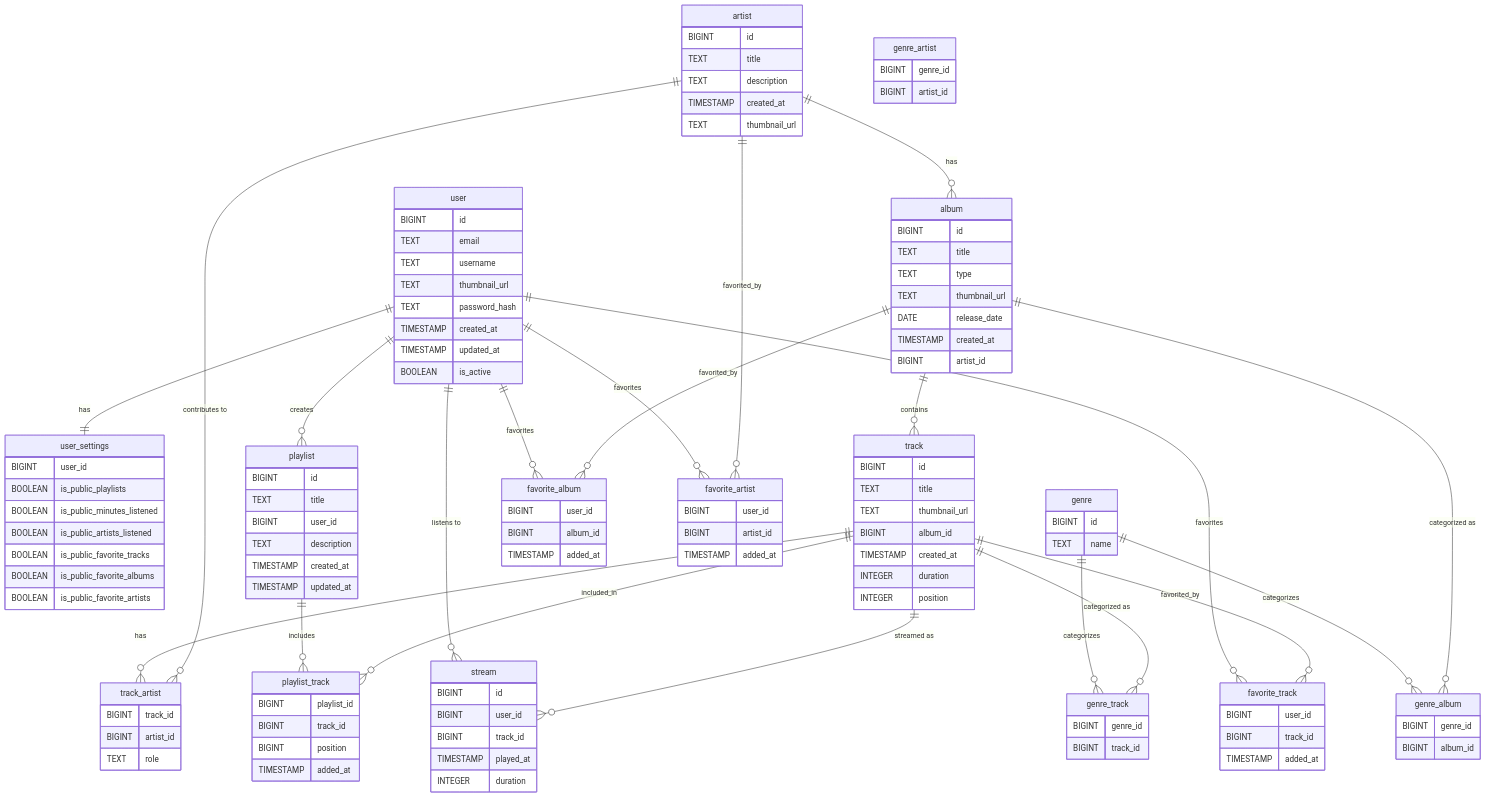
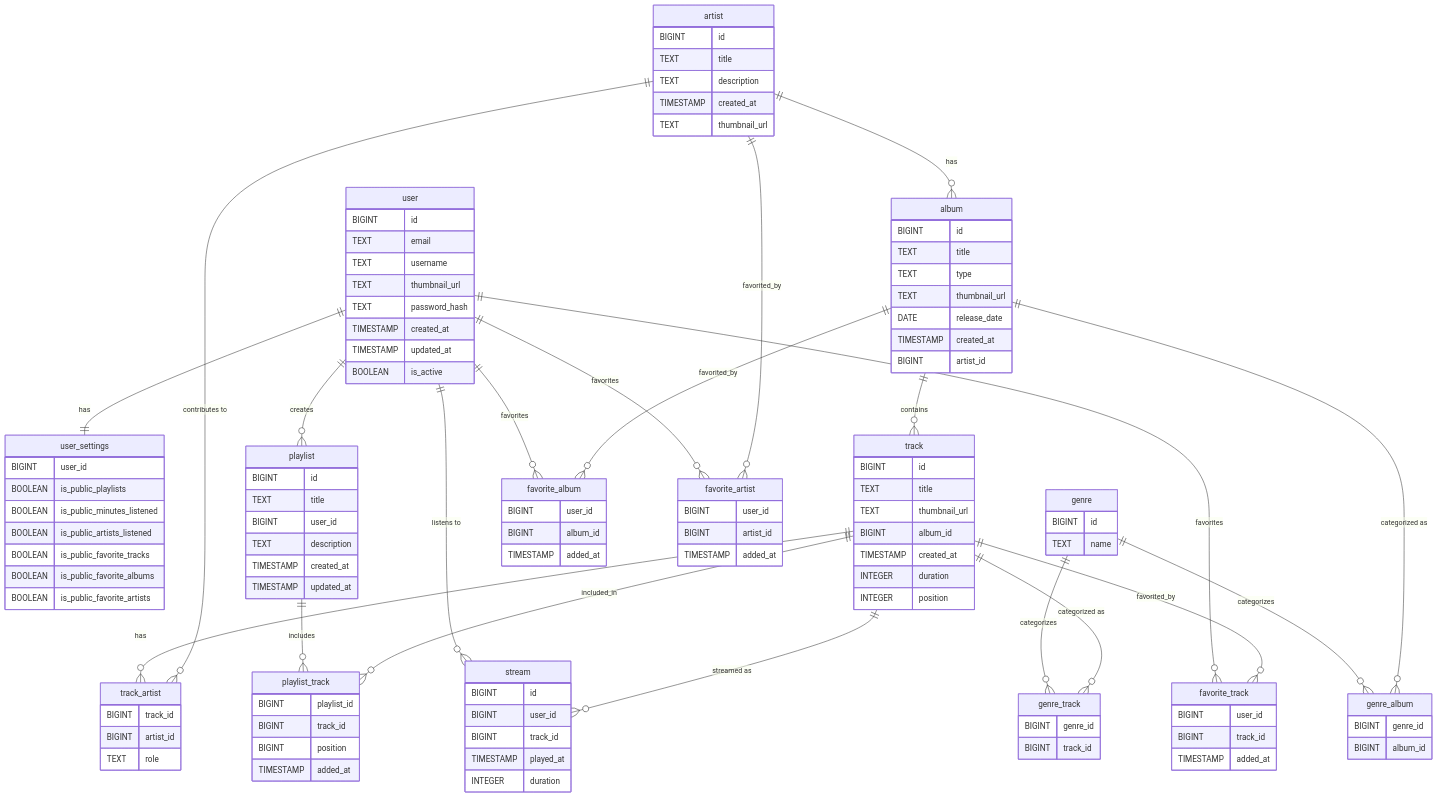
Before and after one commit to go-park-mail-ru/2025_1_Return_Zero: the diagram in db/normalized/mermaid.md, drawn with Mermaid.

Commit message:
removed genre artist

```diff
--- a/db/normalized/mermaid.md
+++ b/db/normalized/mermaid.md
@@ -86,11 +86,6 @@
         BIGINT album_id
     }
 
-    genre_artist {
-        BIGINT genre_id
-        BIGINT artist_id
-    }
-
     favorite_track {
         BIGINT user_id
         BIGINT track_id
```
